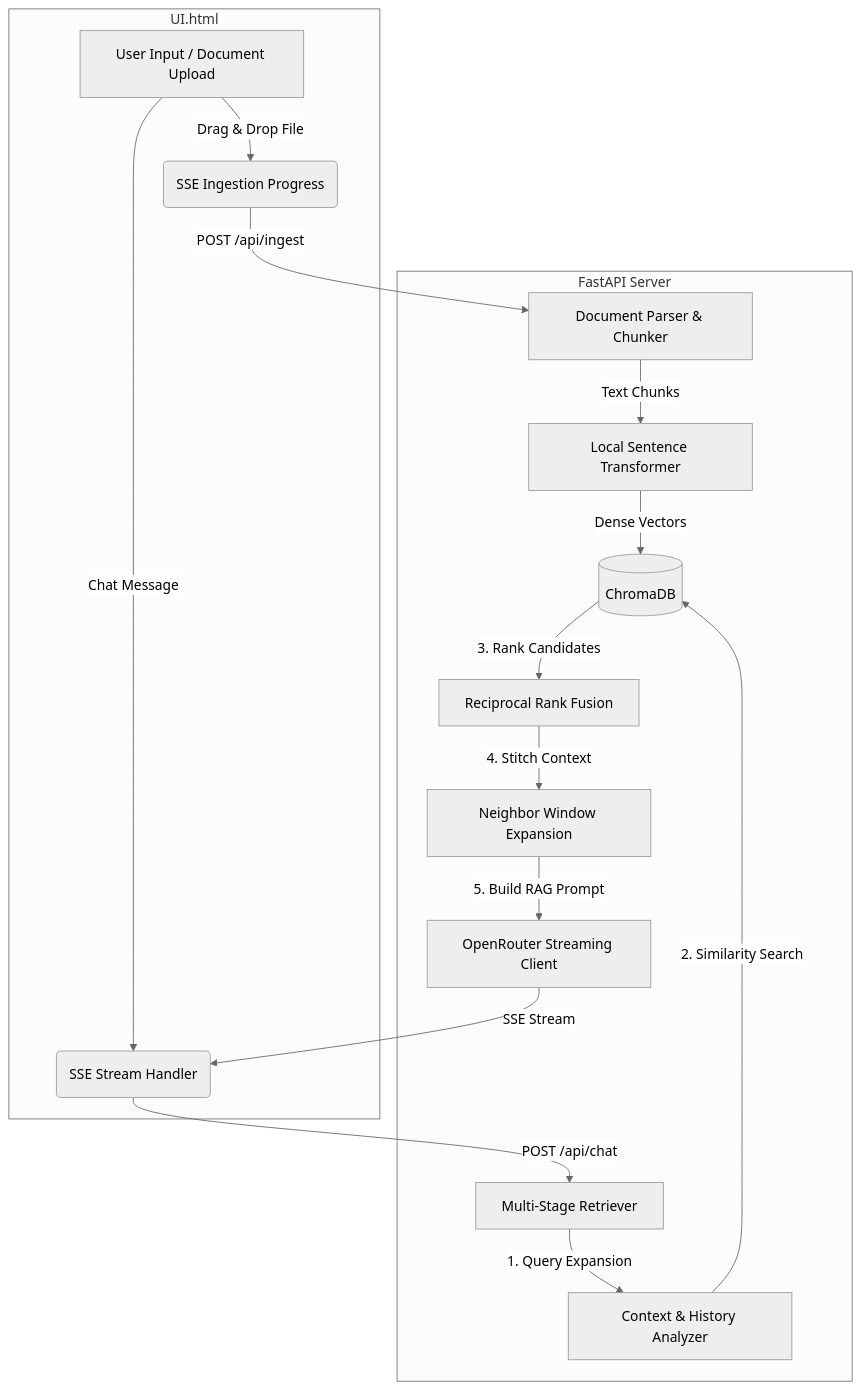
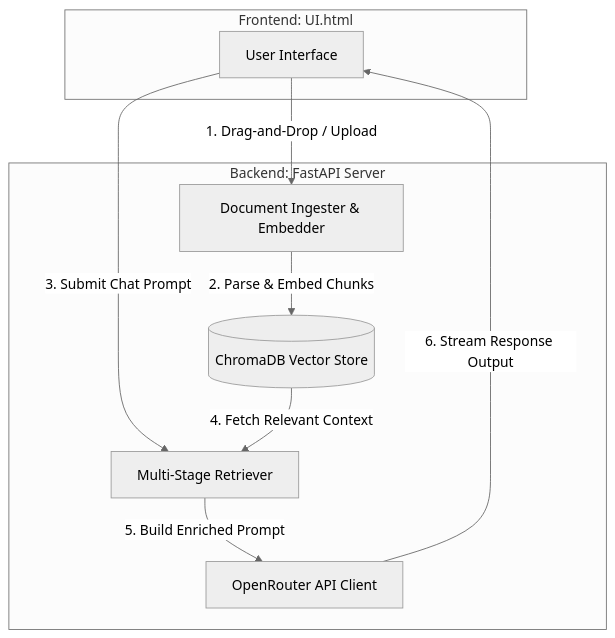
The diagram in README.md (dancrackit/lemmesearch), drawn with Mermaid (neutral theme) before and after one commit.

Commit message:
architecture diagram simplified

````diff
--- a/README.md
+++ b/README.md
@@ -26,22 +26,23 @@
 ```mermaid
 graph TD
-    subgraph Frontend [UI.html]
-        A[User Input / Document Upload] -->|Drag & Drop File| B(SSE Ingestion Progress)
-        A -->|Chat Message| C(SSE Stream Handler)
+    subgraph UI [Frontend: UI.html]
+        User[User Interface]
     end
 
-    subgraph Backend [FastAPI Server]
-        B -->|POST /api/ingest| D[Document Parser & Chunker]
-        D -->|Text Chunks| E[Local Sentence Transformer]
-        E -->|Dense Vectors| F[(ChromaDB)]
-        
-        C -->|POST /api/chat| G[Multi-Stage Retriever]
-        G -->|1. Query Expansion| H[Context & History Analyzer]
-        H -->|2. Similarity Search| F
-        F -->|3. Rank Candidates| I[Reciprocal Rank Fusion]
-        I -->|4. Stitch Context| J[Neighbor Window Expansion]
-        J -->|5. Build RAG Prompt| K[OpenRouter Streaming Client]
+    subgraph Server [Backend: FastAPI Server]
+        Ingester[Document Ingester & Embedder]
+        DB[(ChromaDB Vector Store)]
+        Retriever[Multi-Stage Retriever]
+        LLM[OpenRouter API Client]
     end
 
-    K -->|SSE Stream| C
+    %% Ingestion Workflow
+    User -->|1. Drag-and-Drop / Upload| Ingester
+    Ingester -->|2. Parse & Embed Chunks| DB
+
+    %% Query / RAG Workflow
+    User -->|3. Submit Chat Prompt| Retriever
+    DB -->|4. Fetch Relevant Context| Retriever
+    Retriever -->|5. Build Enriched Prompt| LLM
+    LLM -->|6. Stream Response Output| User
 ```
````
